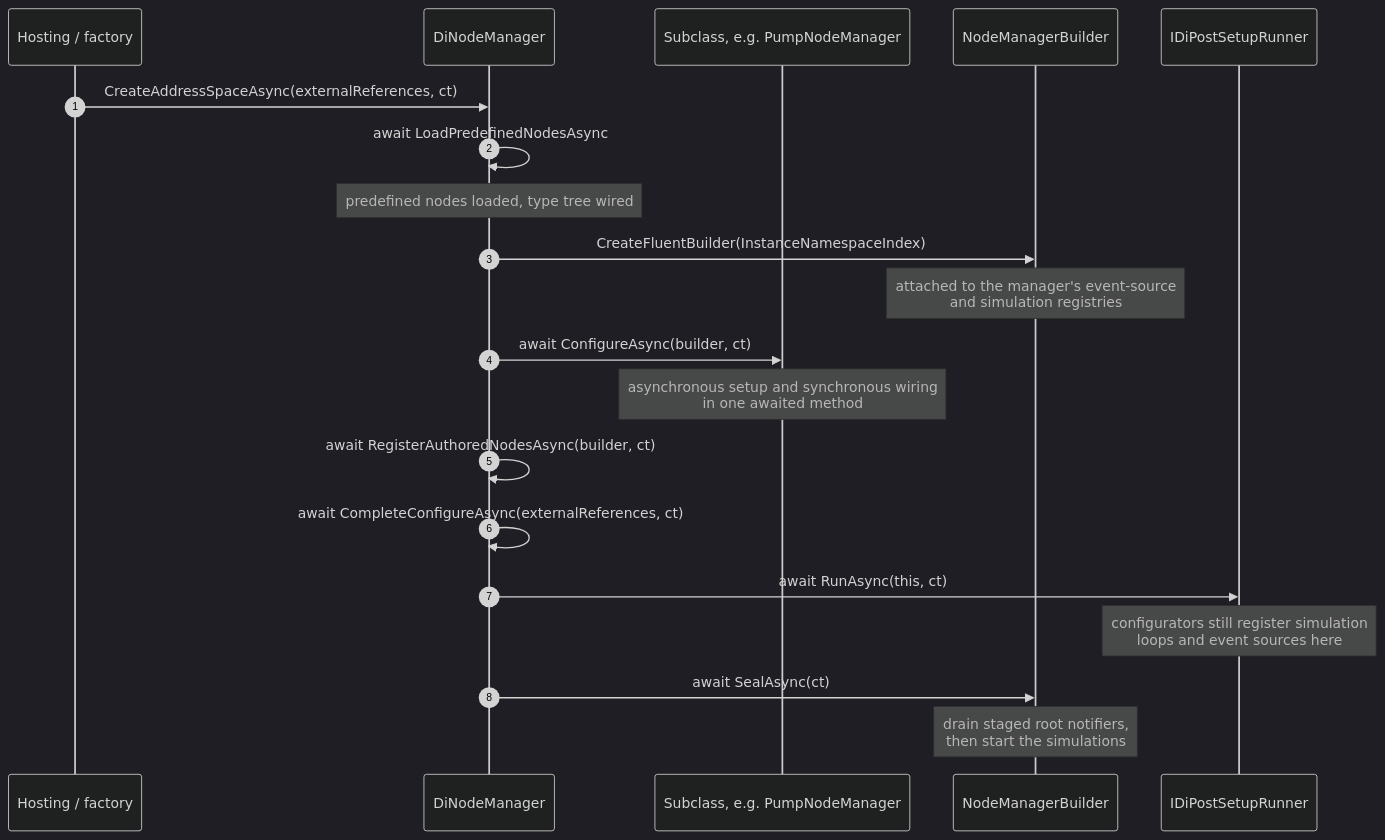
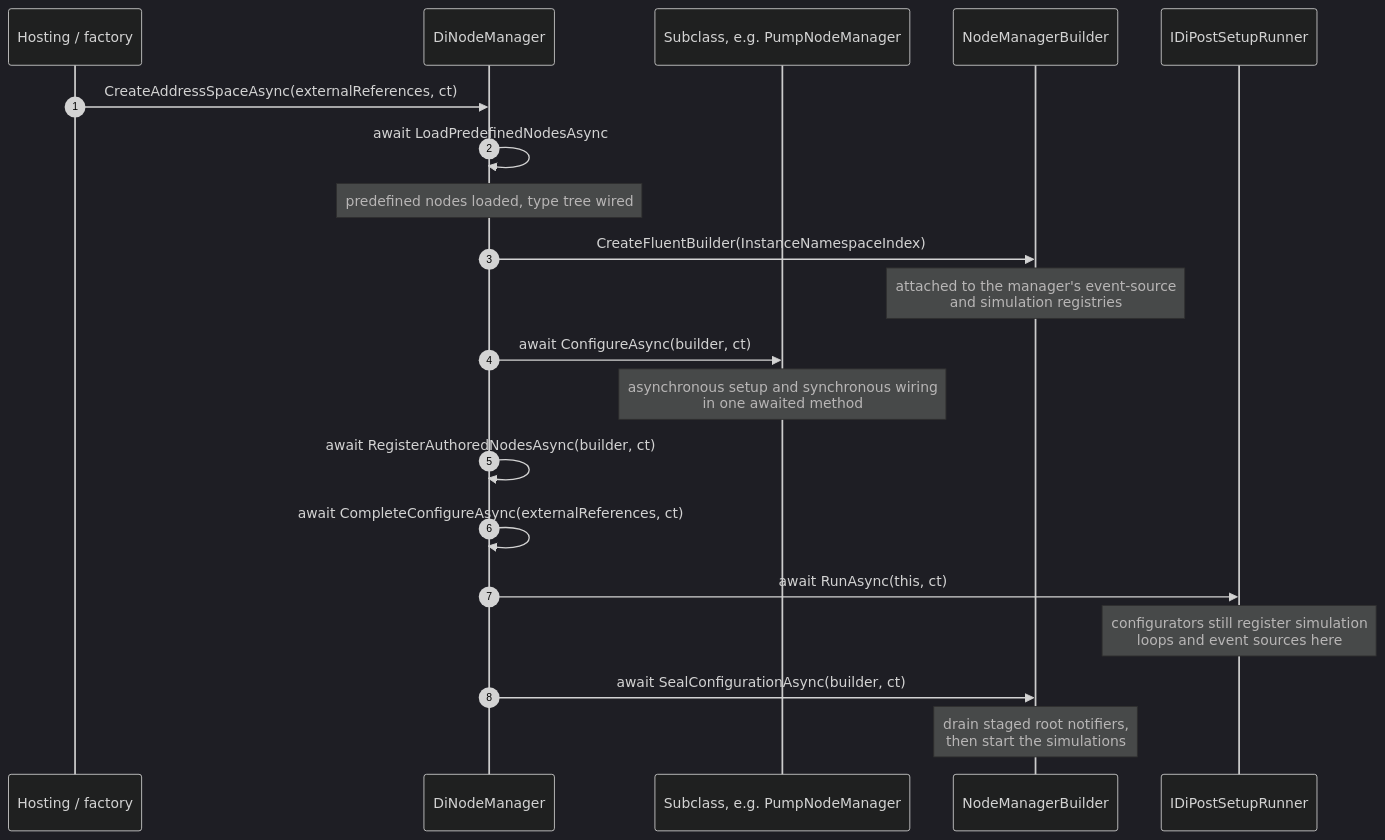
One commit to OPCFoundation/UA-.NETStandard changed the diagram in docs/DeviceIntegration.md. Above: the diagram before and after it, drawn with Mermaid (dark theme). The commit also changed other lines of this file and 1 other file, not shown here.

Commit message:
Seal DiNodeManager through SealConfigurationAsync
Replays NotifyNodeAdded so OnNodeAdded handlers wired in ConfigureAsync fire,
matching the FluentNodeManagerBase pipeline (review feedback).

````diff
--- a/docs/DeviceIntegration.md
+++ b/docs/DeviceIntegration.md
@@ -578,27 +578,27 @@
 ```mermaid
 sequenceDiagram
     autonumber
     participant Host as Hosting / factory
     participant Base as DiNodeManager
     participant Sub as Subclass, e.g. PumpNodeManager
     participant B as NodeManagerBuilder
     participant Run as IDiPostSetupRunner
 
     Host->>Base: CreateAddressSpaceAsync(externalReferences, ct)
     Base->>Base: await LoadPredefinedNodesAsync
     Note over Base: predefined nodes loaded, type tree wired
     Base->>B: CreateFluentBuilder(InstanceNamespaceIndex)
     Note over B: attached to the manager's event-source<br/>and simulation registries
 
     Base->>Sub: await ConfigureAsync(builder, ct)
     Note over Sub: asynchronous setup and synchronous wiring<br/>in one awaited method
 
     Base->>Base: await RegisterAuthoredNodesAsync(builder, ct)
     Base->>Base: await CompleteConfigureAsync(externalReferences, ct)
 
     Base->>Run: await RunAsync(this, ct)
     Note over Run: configurators still register simulation<br/>loops and event sources here
 
-    Base->>B: await SealAsync(ct)
+    Base->>B: await SealConfigurationAsync(builder, ct)
     Note over B: drain staged root notifiers,<br/>then start the simulations
 ```
````
